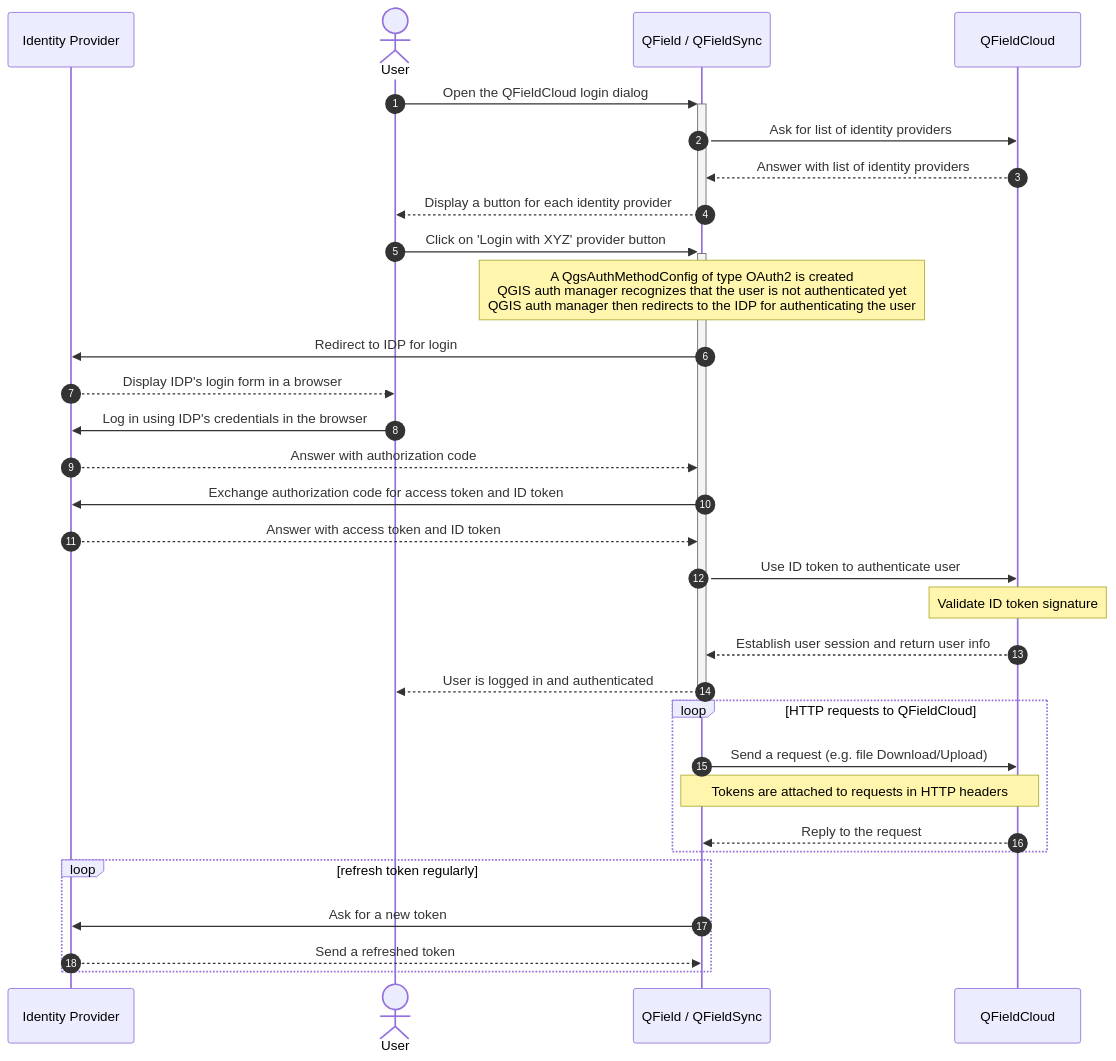
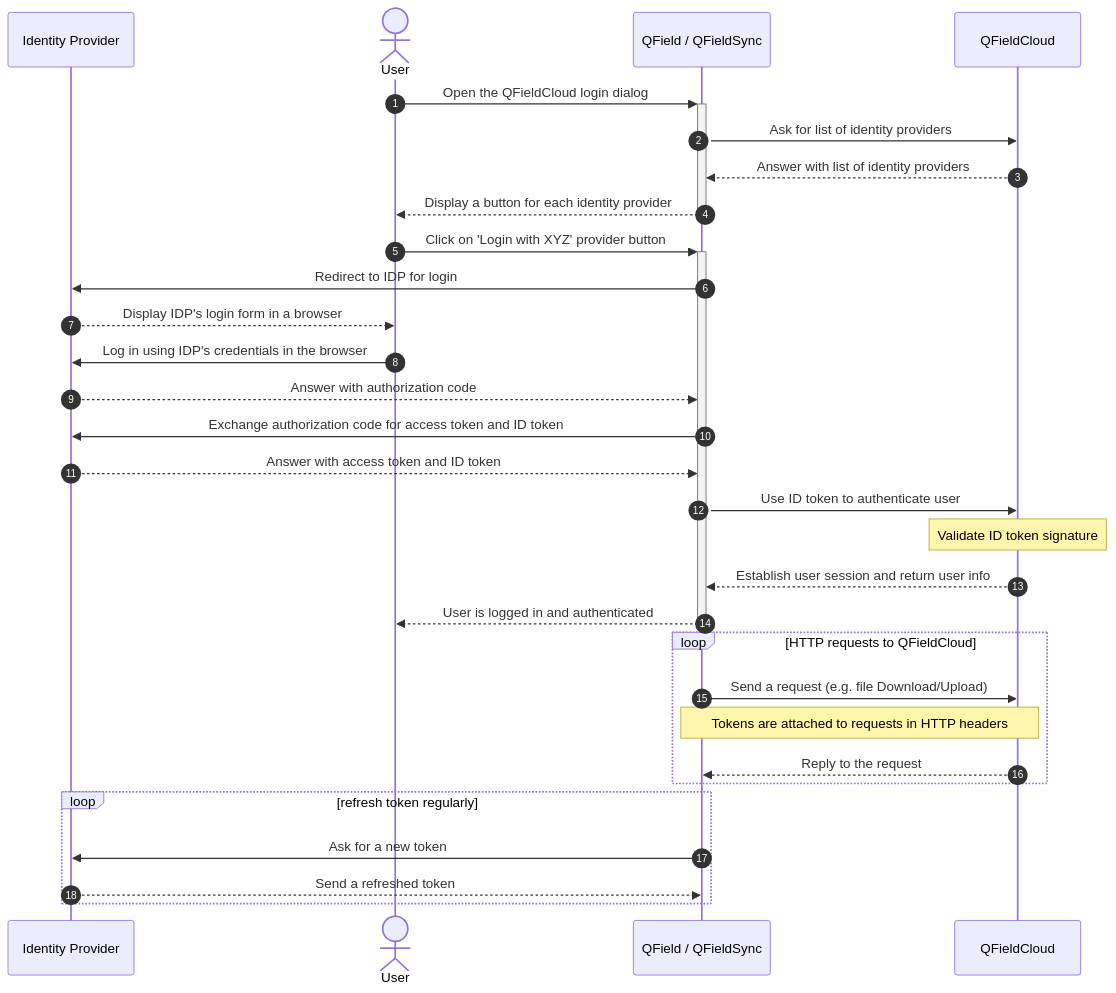
One commit to opengisch/QField-docs changed the second of 2 diagrams in documentation/reference/qfieldcloud/auth.en.md. Above: the diagram before and after it, drawn with Mermaid.

Commit message:
auth docs: Remove redundant note from diagram.

````diff
--- a/documentation/reference/qfieldcloud/auth.en.md
+++ b/documentation/reference/qfieldcloud/auth.en.md
@@ -61,44 +61,42 @@
 ```mermaid
 sequenceDiagram
     autonumber
 
     participant IDP as Identity Provider
     actor User
     participant QF as QField / QFieldSync
     participant QFC as QFieldCloud
 
     User ->>+ QF: Open the QFieldCloud login dialog
 
     QF ->> QFC: Ask for list of identity providers
     QFC -->> QF: Answer with list of identity providers
     QF -->>- User: Display a button for each identity provider
 
     User ->>+ QF: Click on 'Login with XYZ' provider button
-
-    Note over QF: A QgsAuthMethodConfig of type OAuth2 is created<br/>QGIS auth manager recognizes that the user is not authenticated yet<br/> QGIS auth manager then redirects to the IDP for authenticating the user
 
     QF ->> IDP: Redirect to IDP for login
     IDP -->> User: Display IDP's login form in a browser
     User ->> IDP: Log in using IDP's credentials in the browser
     IDP -->> QF: Answer with authorization code
     QF ->> IDP: Exchange authorization code for access token and ID token
     IDP -->> QF: Answer with access token and ID token
     QF ->> QFC: Use ID token to authenticate user
 
     Note over QFC: Validate ID token signature
 
     QFC -->> QF: Establish user session and return user info
 
     QF -->>- User: User is logged in and authenticated
 
     loop HTTP requests to QFieldCloud
         QF ->> QFC: Send a request (e.g. file Download/Upload)
         Note over QF,QFC: Tokens are attached to requests in HTTP headers
         QFC -->> QF: Reply to the request
     end
 
     loop refresh token regularly
         QF ->> IDP: Ask for a new token
         IDP -->> QF: Send a refreshed token
     end
 ```
````
